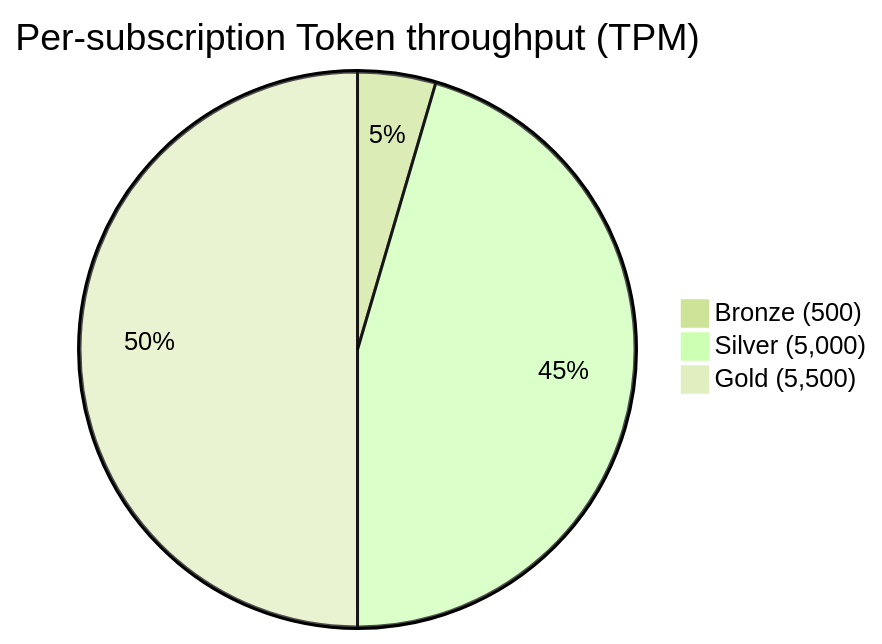
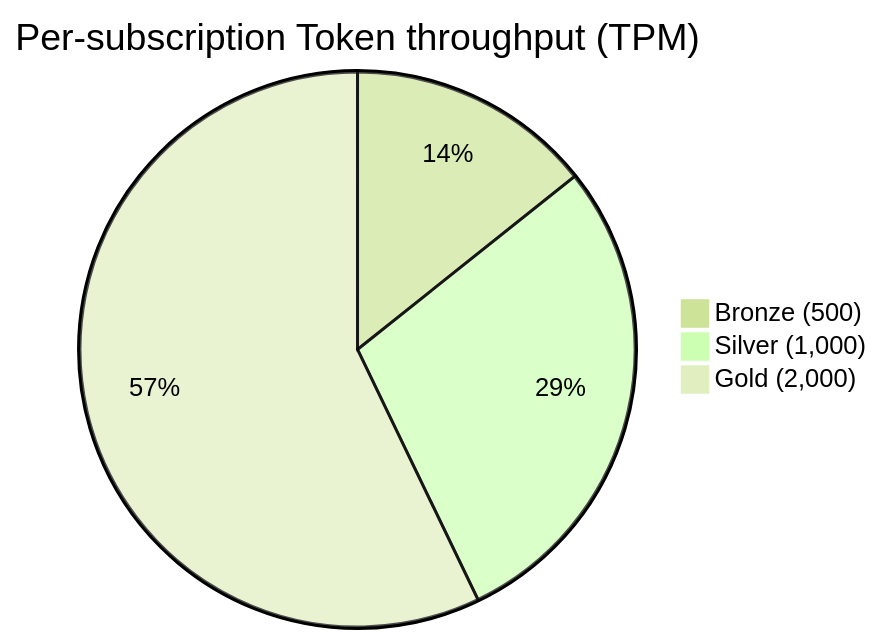
Before and after one commit to briandenicola/ai-azure-ai-as-a-service: the second of 3 diagrams in README.md, drawn with Mermaid (forest theme). The commit also changed other lines of this file and 11 other files, not shown here.

````diff
--- a/README.md
+++ b/README.md
@@ -284,6 +300,6 @@
 ```mermaid
 pie title Per-subscription Token throughput (TPM)
     "Bronze (500)" : 500
-    "Silver (5,000)" : 5000
-    "Gold (5,500)" : 5500
+    "Silver (1,000)" : 1000
+    "Gold (2,000)" : 2000
 ```
````
